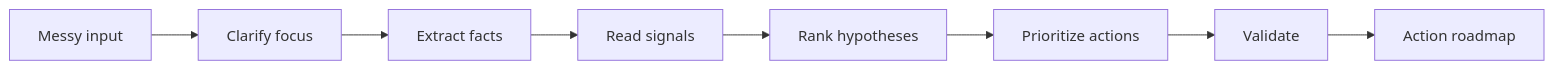
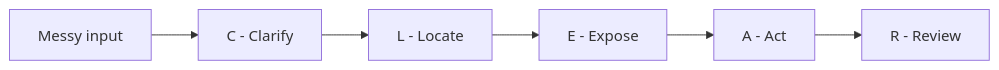
The diagram in README.md (fzfclee/signal-to-action-planner), drawn with Mermaid before and after one commit. The commit also changed other lines of this file and 6 other files, not shown here.

````diff
--- a/README.md
+++ b/README.md
@@ -22,10 +22,8 @@
 ```mermaid
 flowchart LR
-    A["Messy input"] --> B["Clarify focus"]
-    B --> C["Extract facts"]
-    C --> D["Read signals"]
-    D --> E["Rank hypotheses"]
-    E --> F["Prioritize actions"]
-    F --> G["Validate"]
-    G --> H["Action roadmap"]
+    A["Messy input"] --> C["C - Clarify"]
+    C --> L["L - Locate"]
+    L --> E["E - Expose"]
+    E --> ACT["A - Act"]
+    ACT --> R["R - Review"]
 ```
````
